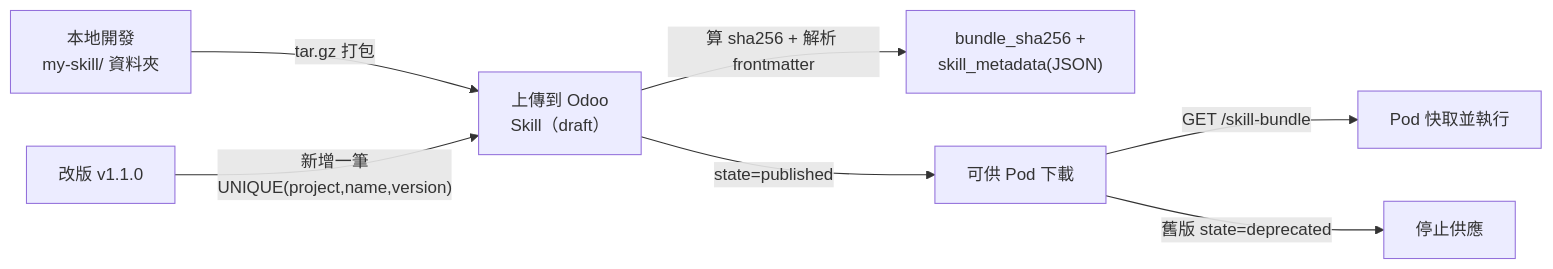
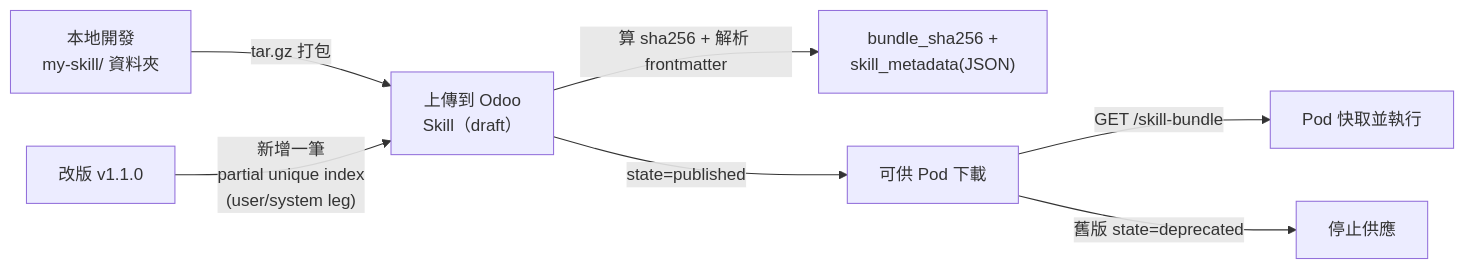
Before and after one commit to WOOWTECH/odoo-addon-woow-paas-platform: the third of 3 diagrams in docs/guides/paas-skill-system/03-skill-design.md, drawn with Mermaid. The commit also changed other lines of this file and 3 other files, not shown here.

````diff
--- a/docs/guides/paas-skill-system/03-skill-design.md
+++ b/docs/guides/paas-skill-system/03-skill-design.md
@@ -104,9 +113,9 @@
 ```mermaid
 graph LR
     A["本地開發<br/>my-skill/ 資料夾"] -->|"tar.gz 打包"| B["上傳到 Odoo<br/>Skill（draft）"]
     B -->|"算 sha256 + 解析 frontmatter"| C["bundle_sha256 +<br/>skill_metadata(JSON)"]
     B -->|"state=published"| D["可供 Pod 下載"]
     D -->|"GET /skill-bundle"| E["Pod 快取並執行"]
-    A2["改版 v1.1.0"] -->|"新增一筆<br/>UNIQUE(project,name,version)"| B
+    A2["改版 v1.1.0"] -->|"新增一筆<br/>partial unique index<br/>(user/system leg)"| B
     D -->|"舊版 state=deprecated"| F["停止供應"]
 ```
````
